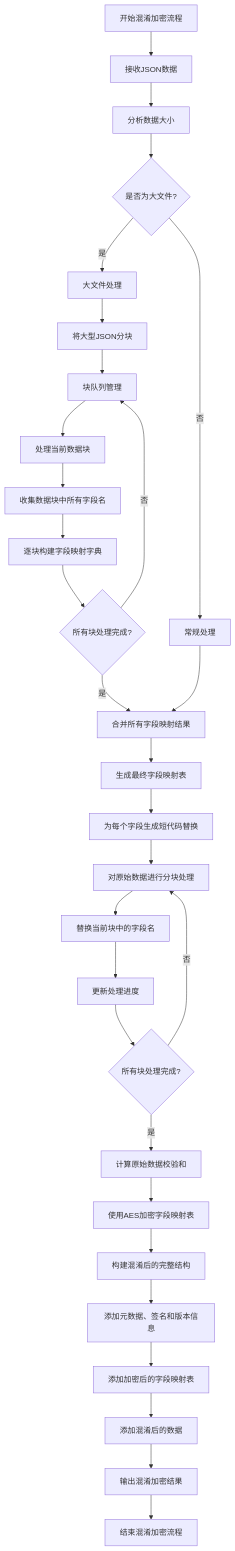
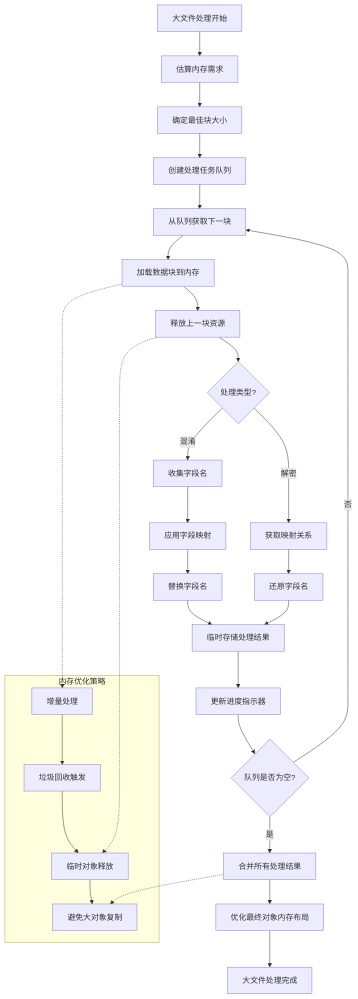
One commit to yingjianzh/iodraw-files changed the diagram in all/未命名-43.md. Above: the diagram before and after it, drawn with Mermaid.

Commit message:
2025-04-25 15:13:02 update

````diff
--- a/all/未命名-43.md
+++ b/all/未命名-43.md
@@ -1,42 +1,40 @@
 ```mermaid
 flowchart TD
-    A[开始混淆加密流程] --> B[接收JSON数据]
+    A[大文件处理开始] --> B[估算内存需求]
+    B --> C[确定最佳块大小]
+    C --> D[创建处理任务队列]
     
-    B --> C[分析数据大小]
-    C --> D{是否为大文件?}
+    D --> E[从队列获取下一块]
+    E --> F[加载数据块到内存]
+    F --> G[释放上一块资源]
     
-    D -->|否| E[常规处理]
-    D -->|是| F[大文件处理]
+    G --> H{处理类型?}
     
-    F --> F1[将大型JSON分块]
-    F1 --> F2[块队列管理]
+    H -->|混淆| I1[收集字段名]
+    I1 --> I2[应用字段映射]
+    I2 --> I3[替换字段名]
     
-    F2 --> G[处理当前数据块]
-    G --> H[收集数据块中所有字段名]
-    H --> I[逐块构建字段映射字典]
-    I --> J{所有块处理完成?}
-    J -->|否| F2
+    H -->|解密| J1[获取映射关系]
+    J1 --> J2[还原字段名]
     
-    J -->|是| K[合并所有字段映射结果]
-    E --> K
+    I3 --> K[临时存储处理结果]
+    J2 --> K
     
-    K --> L[生成最终字段映射表]
-    L --> M[为每个字段生成短代码替换]
+    K --> L[更新进度指示器]
+    L --> M{队列是否为空?}
+    M -->|否| E
     
-    M --> N[对原始数据进行分块处理]
-    N --> O[替换当前块中的字段名]
-    O --> P[更新处理进度]
-    P --> Q{所有块处理完成?}
-    Q -->|否| N
+    M -->|是| N[合并所有处理结果]
+    N --> O[优化最终对象内存布局]
+    O --> P[大文件处理完成]
     
-    Q -->|是| R[计算原始数据校验和]
-    R --> S[使用AES加密字段映射表]
+    subgraph 内存优化策略
+        Q1[增量处理] --> Q2[垃圾回收触发]
+        Q2 --> Q3[临时对象释放]
+        Q3 --> Q4[避免大对象复制]
+    end
     
-    S --> T[构建混淆后的完整结构]
-    T --> U[添加元数据、签名和版本信息]
-    U --> V[添加加密后的字段映射表]
-    V --> W[添加混淆后的数据]
-    
-    W --> X[输出混淆加密结果]
-    X --> Y[结束混淆加密流程]
+    F -.-> Q1
+    G -.-> Q3
+    N -.-> Q4
 ```
````
